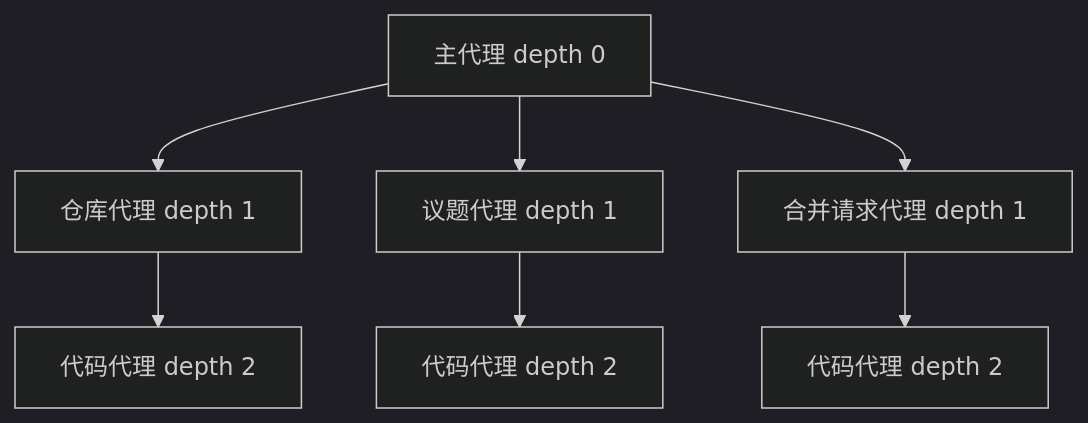
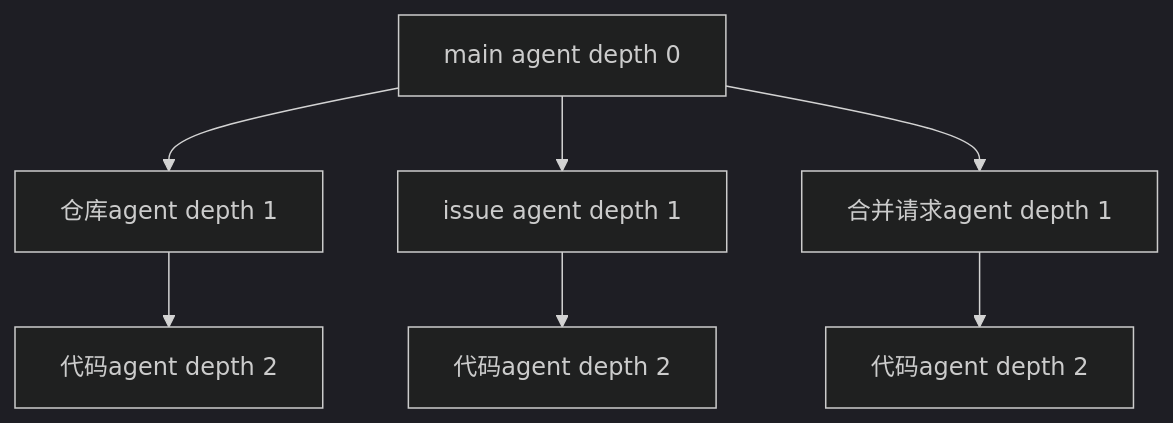
The seventh of 10 diagrams in docs/01-agent-loop-and-architecture.md (Arthur999459up/GitAgent), drawn with Mermaid (dark theme) before and after one commit. The commit also changed other lines of this file and 15 other files, not shown here.

````diff
--- a/docs/01-agent-loop-and-architecture.md
+++ b/docs/01-agent-loop-and-architecture.md
@@ -269,10 +269,10 @@
 ```mermaid
 flowchart TD
-    M[主代理 depth 0]
-    M --> R[仓库代理 depth 1]
-    M --> I[议题代理 depth 1]
-    M --> P[合并请求代理 depth 1]
-    R --> C1[代码代理 depth 2]
-    I --> C2[代码代理 depth 2]
-    P --> C3[代码代理 depth 2]
+    M[main agent depth 0]
+    M --> R[仓库agent depth 1]
+    M --> I[issue agent depth 1]
+    M --> P[合并请求agent depth 1]
+    R --> C1[代码agent depth 2]
+    I --> C2[代码agent depth 2]
+    P --> C3[代码agent depth 2]
 ```
````
